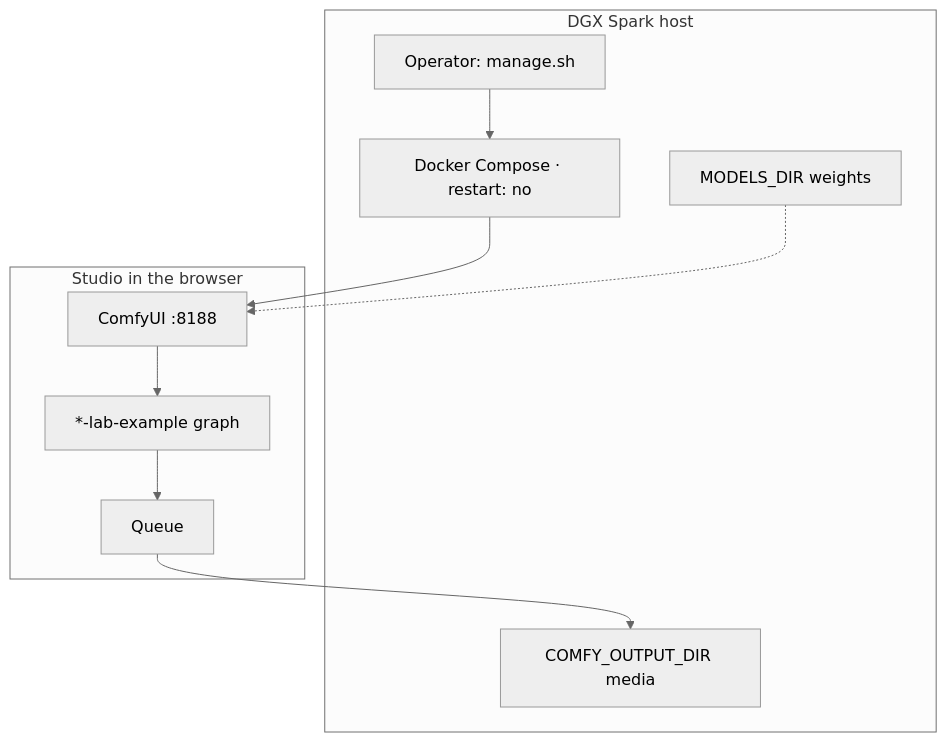
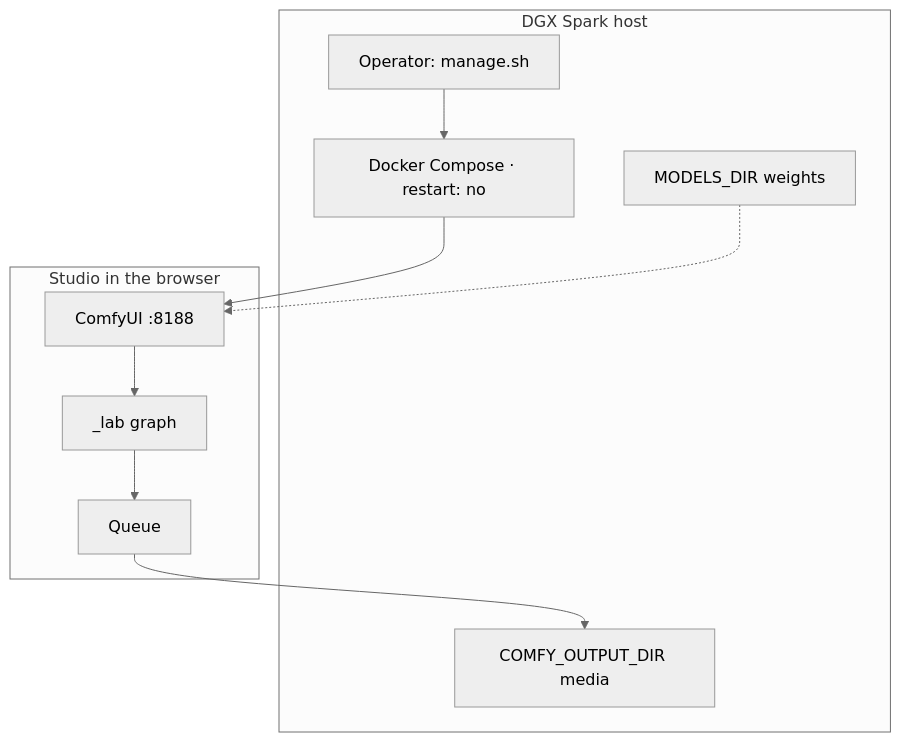
The first of 2 diagrams in docs/learn/index.md (toxicoder/ez-comfy-stack), drawn with Mermaid (neutral theme) before and after one commit. The commit also changed other lines of this file and 726 other files, not shown here.

````diff
--- a/docs/learn/index.md
+++ b/docs/learn/index.md
@@ -71,17 +71,17 @@
 ```mermaid
 flowchart TB
   subgraph Host["DGX Spark host"]
     Op["Operator: manage.sh"]
     Compose["Docker Compose · restart: no"]
     Weights["MODELS_DIR weights"]
     Out["COMFY_OUTPUT_DIR media"]
   end
   subgraph Studio["Studio in the browser"]
     UI["ComfyUI :8188"]
-    Graph["*-lab-example graph"]
+    Graph["_lab graph"]
     Q["Queue"]
   end
   Op --> Compose --> UI
   Weights -.-> UI
   UI --> Graph --> Q --> Out
 ```
````
